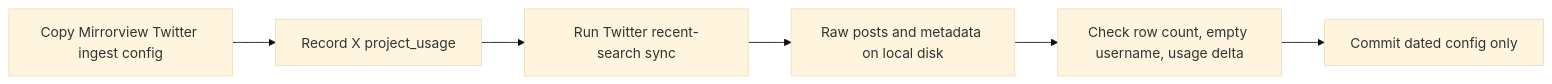
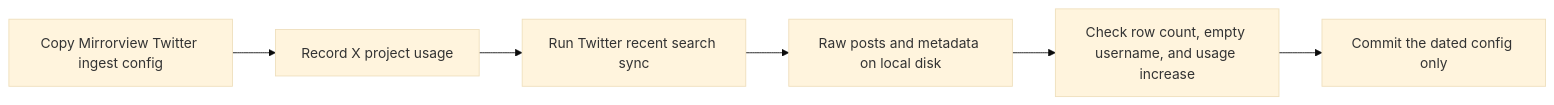
Before and after one commit to METResearchGroup/mirrorView-task: the diagram in docs/plans/2026-09-06_twitter_dated_sync_8k_75c92f/plan.md, drawn with Mermaid (base theme). The commit also changed other lines of this file and 3 other files, not shown here.

First line of the commit message:
Lock Option A and add Twitter dated-sync step files

````diff
--- a/docs/plans/2026-09-06_twitter_dated_sync_8k_75c92f/plan.md
+++ b/docs/plans/2026-09-06_twitter_dated_sync_8k_75c92f/plan.md
@@ -19,8 +19,8 @@
 ```mermaid
 flowchart LR
-  A[Copy Mirrorview Twitter ingest config] --> B[Record X project_usage]
-  B --> C[Run Twitter recent-search sync]
+  A[Copy Mirrorview Twitter ingest config] --> B[Record X project usage]
+  B --> C[Run Twitter recent search sync]
   C --> D[Raw posts and metadata on local disk]
-  D --> E[Check row count, empty username, usage delta]
-  E --> F[Commit dated config only]
+  D --> E[Check row count, empty username, and usage increase]
+  E --> F[Commit the dated config only]
 ```
````
